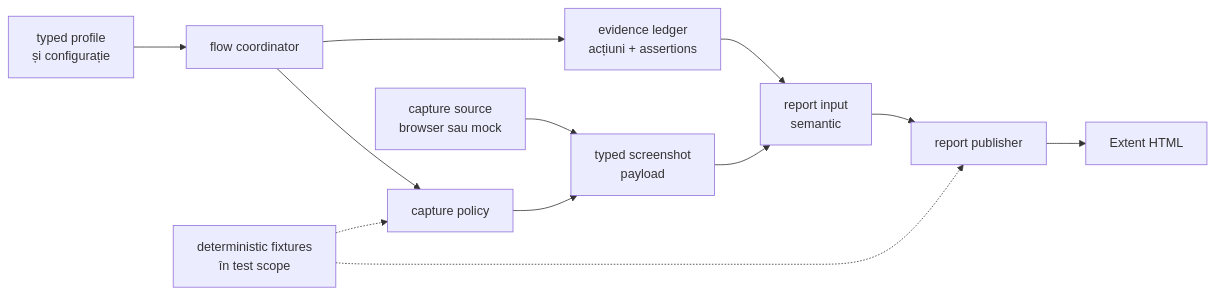
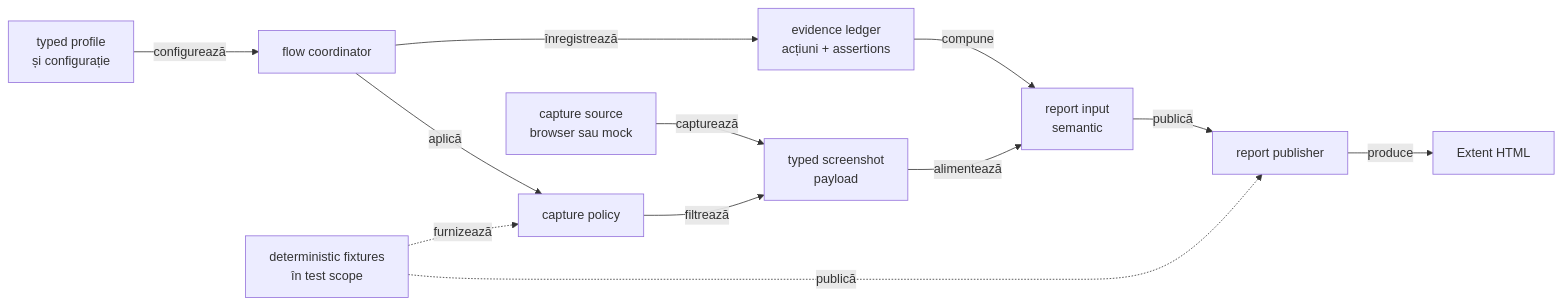
One commit to crististefanita/demo2 changed the first of 3 diagrams in docs/ATF_Evidence_Capture_Contract.md. Above: the diagram before and after it, drawn with Mermaid. The commit also changed other lines of this file and 52 other files, not shown here.

````diff
--- a/docs/ATF_Evidence_Capture_Contract.md
+++ b/docs/ATF_Evidence_Capture_Contract.md
@@ -19,14 +19,14 @@
 ```mermaid
 flowchart LR
-    Config[typed profile<br/>și configurație] --> Flow[flow coordinator]
-    Flow --> Ledger[evidence ledger<br/>acțiuni + assertions]
-    Flow --> Policy[capture policy]
-    Source[capture source<br/>browser sau mock] --> Payload[typed screenshot<br/>payload]
-    Policy --> Payload
-    Ledger --> Input[report input<br/>semantic]
-    Payload --> Input
-    Input --> Publisher[report publisher]
-    Publisher --> Artifact[Extent HTML]
-    Fixtures[deterministic fixtures<br/>în test scope] -.-> Policy
-    Fixtures -.-> Publisher
+    Config[typed profile<br/>și configurație] -->|configurează| Flow[flow coordinator]
+    Flow -->|înregistrează| Ledger[evidence ledger<br/>acțiuni + assertions]
+    Flow -->|aplică| Policy[capture policy]
+    Source[capture source<br/>browser sau mock] -->|capturează| Payload[typed screenshot<br/>payload]
+    Policy -->|filtrează| Payload
+    Ledger -->|compune| Input[report input<br/>semantic]
+    Payload -->|alimentează| Input
+    Input -->|publică| Publisher[report publisher]
+    Publisher -->|produce| Artifact[Extent HTML]
+    Fixtures[deterministic fixtures<br/>în test scope] -. furnizează .-> Policy
+    Fixtures -. publică .-> Publisher
 ```
````
